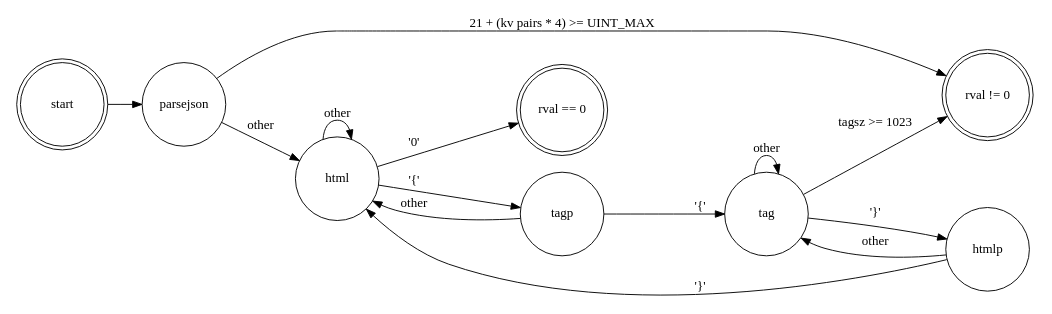
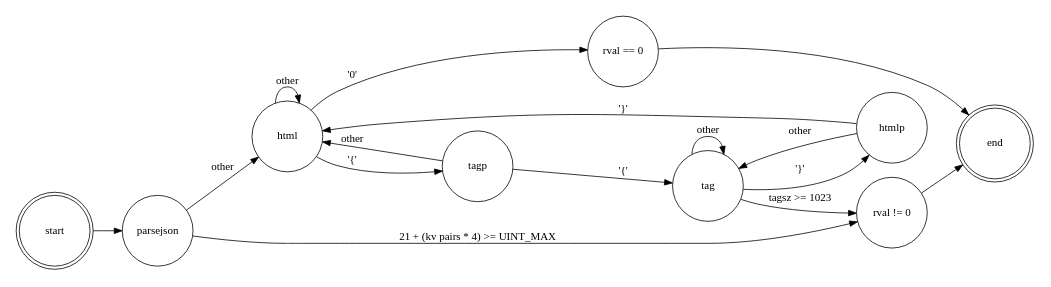
The diagram in doc/state.dot (mbucc/cmustache), drawn with Graphviz before and after one commit. The commit also changed 1 other file, not shown here.

```diff
--- a/doc/state.dot
+++ b/doc/state.dot
@@ -1,26 +1,29 @@
-digraph finite_state_machine {
+digraph State {
 	rankdir=LR;
 	size="8,5"
-	node [shape = doublecircle,width=1.25,fixedsize=true]; "rval != 0", start, "rval == 0";
+	node [shape = doublecircle,width=1.25,fixedsize=true]; start, end;
 	node [shape = circle,width=1.25,fixedsize=true];
 
 	start		-> parsejson;
 
 	parsejson	-> html		[label = "other" ];
 	parsejson	-> "rval != 0"	[label = "21 + (kv pairs * 4) >= UINT_MAX" ];
 
 	html		-> tagp		[ label = "'{'" ];
 	html		-> html			[ label = "other" ];
 	html		-> "rval == 0"		[ label = "'\0'" ];
 
 	tagp		-> tag			[ label = "'{'" ];
 	tagp		-> html			[label = "other" ];
 
 	htmlp		-> html			[ label = "'}'" ];
 	htmlp		-> tag			[label = "other" ];
 
 	tag		-> htmlp		[ label = "'}'" ];
 	tag		-> "rval != 0"		[ label = "tagsz >= 1023" ];
 	tag		-> tag			[ label = "other" ];
 
+	"rval == 0"	-> end;
+	"rval != 0"	-> end;
+
 }
```
